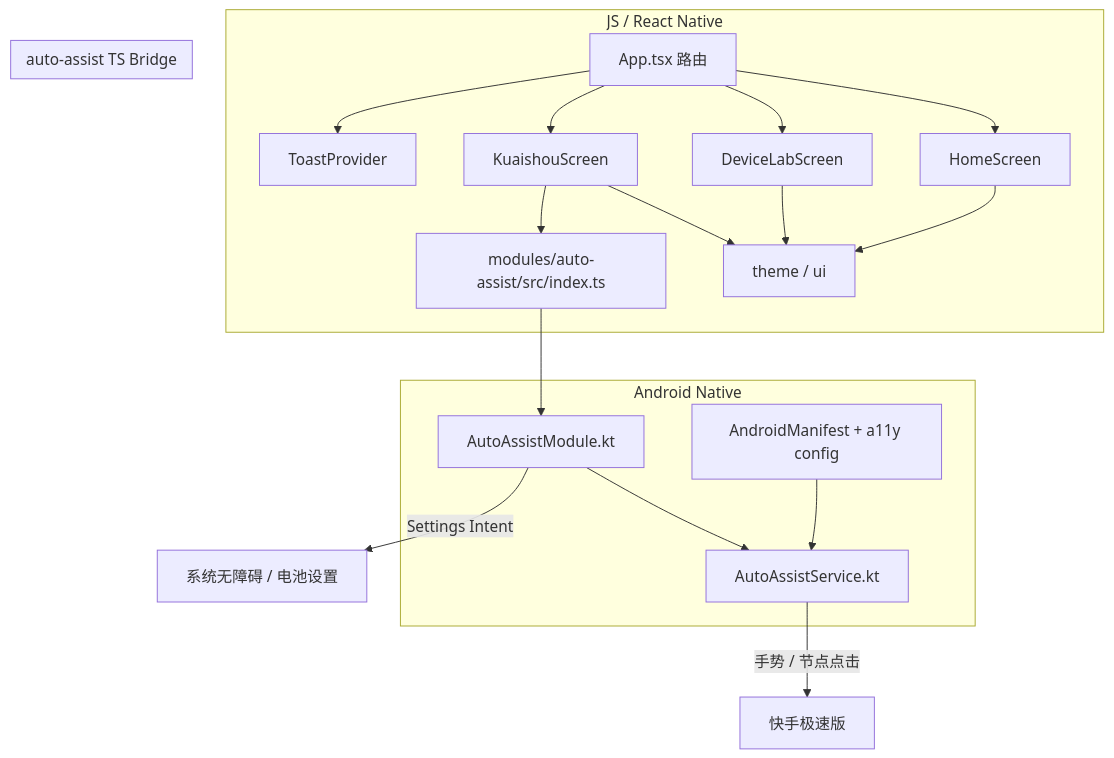
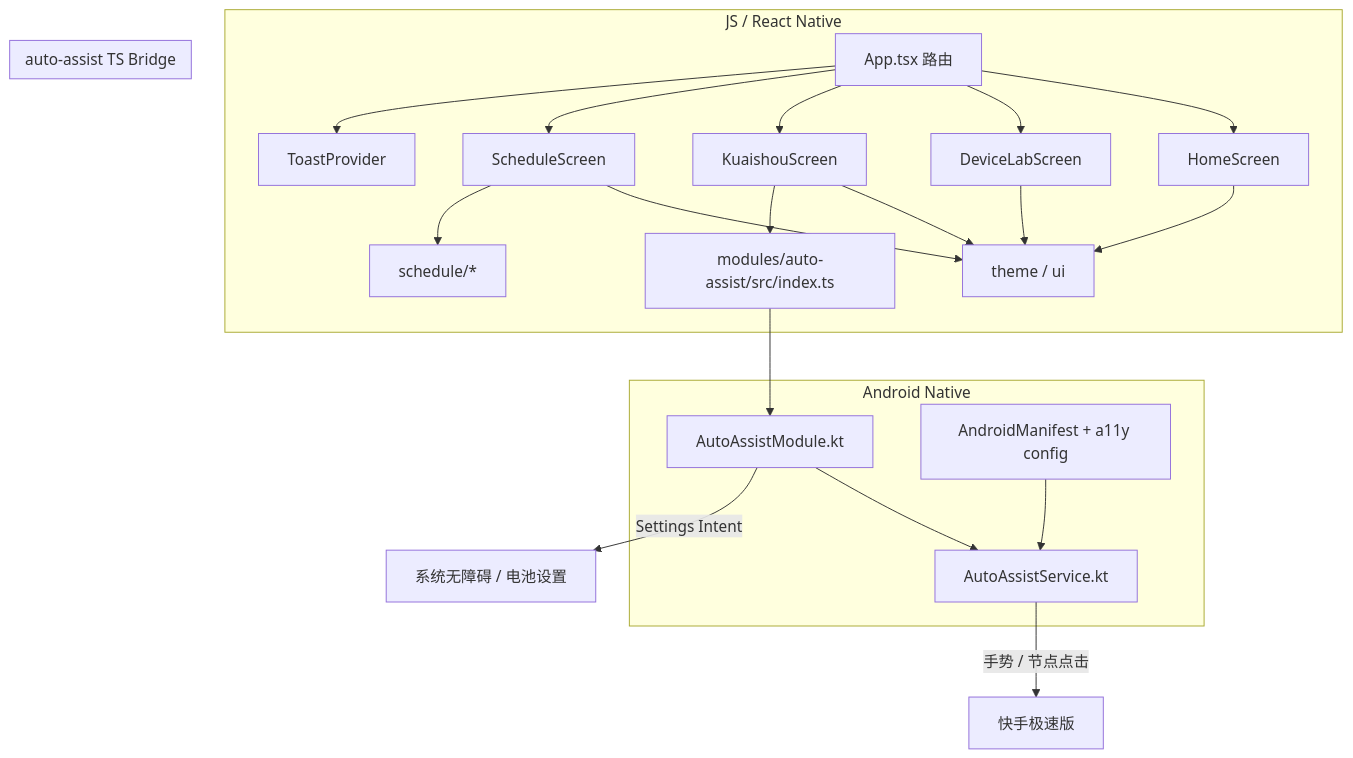
Before and after one commit to xujiongx/apk-expo: the first of 3 diagrams in docs/architecture.md, drawn with Mermaid. The commit also changed other lines of this file and 13 other files, not shown here.

````diff
--- a/docs/architecture.md
+++ b/docs/architecture.md
@@ -7,35 +7,40 @@
 ```mermaid
 flowchart TB
   subgraph js [JS / React Native]
     App[App.tsx 路由]
     Home[HomeScreen]
     Device[DeviceLabScreen]
     KS[KuaishouScreen]
+    Sched[ScheduleScreen]
     Toast[ToastProvider]
     Theme[theme / ui]
+    SchedLib[schedule/*]
     App --> Home
     App --> Device
     App --> KS
+    App --> Sched
     App --> Toast
     Home --> Theme
     Device --> Theme
     KS --> Theme
+    Sched --> Theme
+    Sched --> SchedLib
     KS --> Bridge
   end
 
   subgraph bridge [auto-assist TS Bridge]
     Bridge[modules/auto-assist/src/index.ts]
   end
 
   subgraph native [Android Native]
     Mod[AutoAssistModule.kt]
     Svc[AutoAssistService.kt]
     Manifest[AndroidManifest + a11y config]
     Bridge --> Mod
     Mod --> Svc
     Manifest --> Svc
   end
 
   Svc -->|手势 / 节点点击| KSApp[快手极速版]
   Mod -->|Settings Intent| Sys[系统无障碍 / 电池设置]
 ```
````
